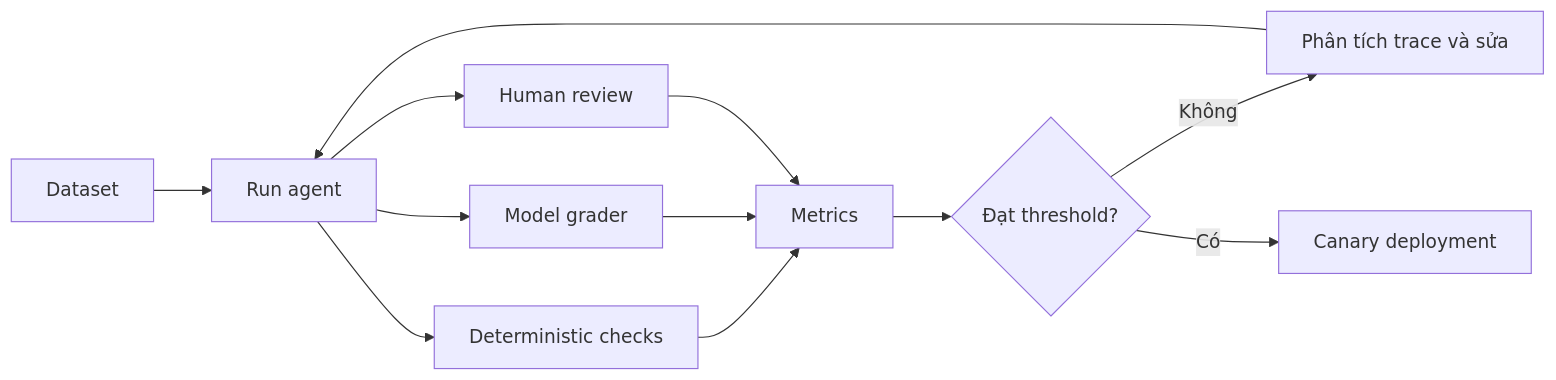
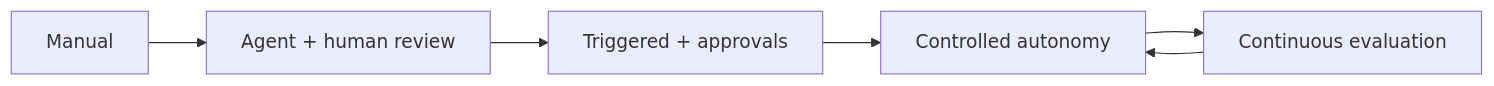
Before and after one commit to huynv-xyz/vhm: diagram 12 of 12 in OPENAI_AGENTS_GUIDE_VI.md, drawn with Mermaid. The commit also changed other lines of this file, not shown here.

````diff
--- a/OPENAI_AGENTS_GUIDE_VI.md
+++ b/OPENAI_AGENTS_GUIDE_VI.md
@@ -589,14 +436,8 @@
 ```mermaid
 flowchart LR
-    D[Dataset] --> R[Run agent]
-    R --> G1[Deterministic checks]
-    R --> G2[Model grader]
-    R --> G3[Human review]
-    G1 --> M[Metrics]
-    G2 --> M
-    G3 --> M
-    M --> C{Đạt threshold?}
-    C -- Không --> F[Phân tích trace và sửa]
-    F --> R
-    C -- Có --> DEP[Canary deployment]
+    M[Manual] --> A[Agent + human review]
+    A --> T[Triggered + approvals]
+    T --> C[Controlled autonomy]
+    C --> O[Continuous evaluation]
+    O --> C
 ```
````
